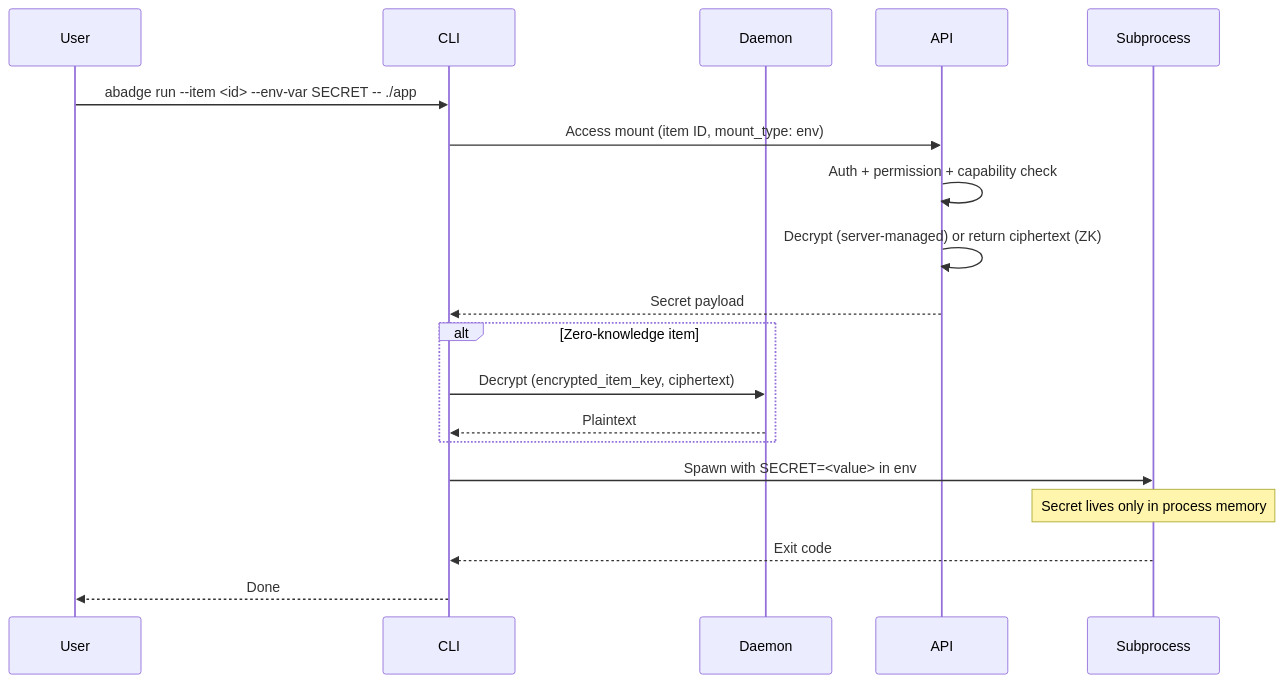
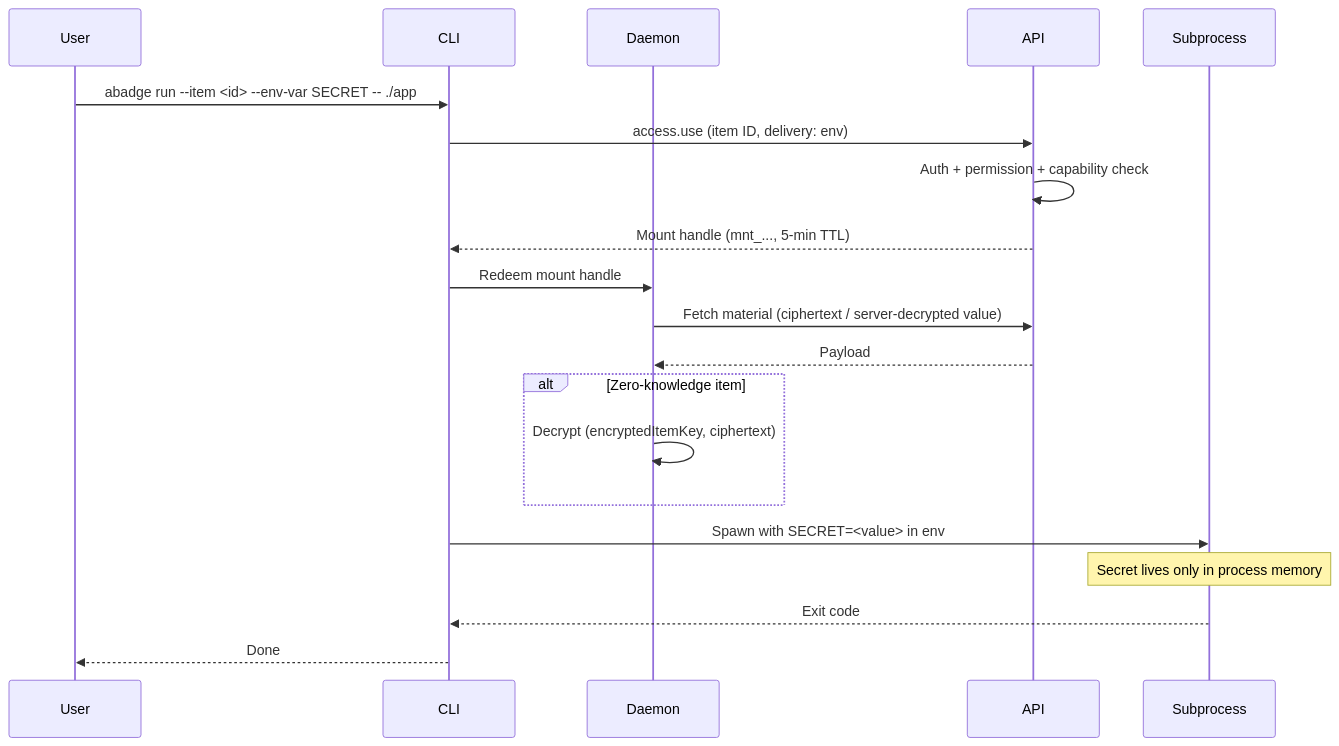
Before and after one commit to punitarani/abadge: diagram 15 of 20 in docs/flow.md, drawn with Mermaid. The commit also changed other lines of this file and 217 other files, not shown here.

````diff
--- a/docs/flow.md
+++ b/docs/flow.md
@@ -356,22 +363,23 @@
 ```mermaid
 sequenceDiagram
   participant User as User
   participant CLI as CLI
   participant Daemon as Daemon
   participant API as API
   participant Proc as Subprocess
 
   User->>CLI: abadge run --item <id> --env-var SECRET -- ./app
-  CLI->>API: Access mount (item ID, mount_type: env)
+  CLI->>API: access.use (item ID, delivery: env)
   API->>API: Auth + permission + capability check
-  API->>API: Decrypt (server-managed) or return ciphertext (ZK)
-  API-->>CLI: Secret payload
+  API-->>CLI: Mount handle (mnt_..., 5-min TTL)
+  CLI->>Daemon: Redeem mount handle
+  Daemon->>API: Fetch material (ciphertext / server-decrypted value)
+  API-->>Daemon: Payload
   alt Zero-knowledge item
-    CLI->>Daemon: Decrypt (encrypted_item_key, ciphertext)
-    Daemon-->>CLI: Plaintext
+    Daemon->>Daemon: Decrypt (encryptedItemKey, ciphertext)
   end
   CLI->>Proc: Spawn with SECRET=<value> in env
   Note over Proc: Secret lives only in process memory
   Proc-->>CLI: Exit code
   CLI-->>User: Done
 ```
````
